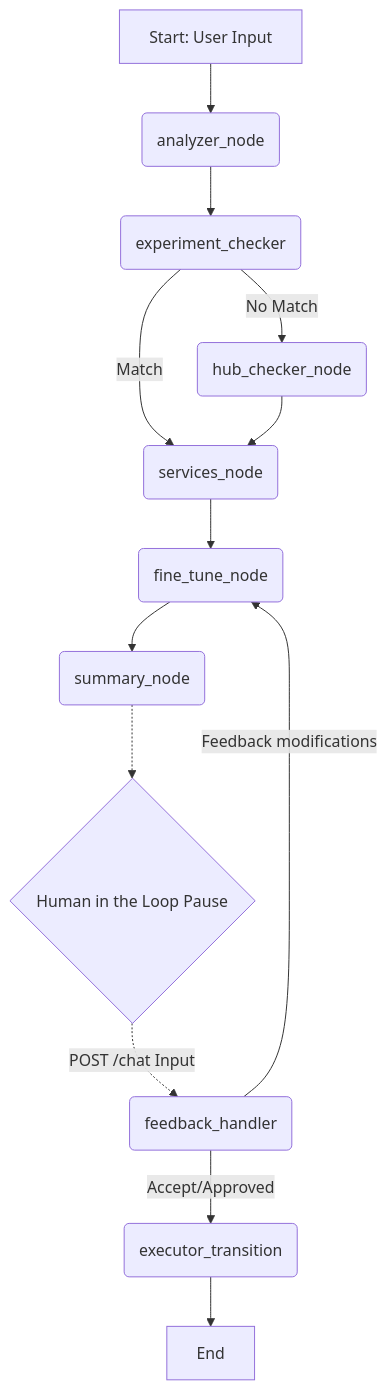
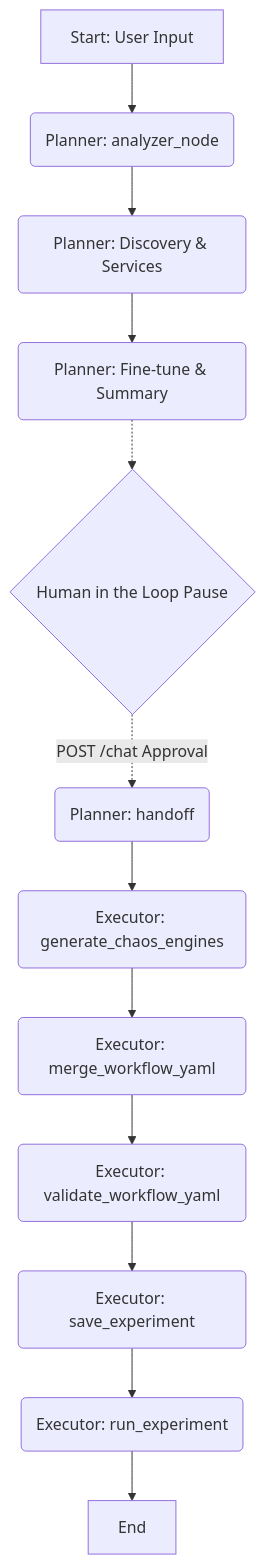
Before and after one commit to pratheeG/Chaos_engineering: the diagram in agent_v2/readme.md, drawn with Mermaid. The commit also changed other lines of this file and 13 other files, not shown here.

````diff
--- a/agent_v2/readme.md
+++ b/agent_v2/readme.md
@@ -27,16 +25,15 @@
 ```mermaid
 graph TD
-    A[Start: User Input] --> B(analyzer_node)
-    B --> C(experiment_checker)
-    C -- No Match --> D(hub_checker_node)
-    C -- Match --> E(services_node)
-    D --> E
-    E --> F(fine_tune_node)
-    F --> G(summary_node)
+    A[Start: User Input] --> B(Planner: analyzer_node)
+    B --> C(Planner: Discovery & Services)
+    C --> D(Planner: Fine-tune & Summary)
     
-    G -.-> H{Human in the Loop Pause}
-    H -. POST /chat Input .-> I(feedback_handler)
-    I -- Feedback modifications --> F
-    I -- Accept/Approved --> J(executor_transition)
-    J --> End
+    D -.-> E{Human in the Loop Pause}
+    E -. POST /chat Approval .-> F(Planner: handoff)
+    F --> G(Executor: generate_chaos_engines)
+    G --> H(Executor: merge_workflow_yaml)
+    H --> I(Executor: validate_workflow_yaml)
+    I --> J(Executor: save_experiment)
+    J --> K(Executor: run_experiment)
+    K --> End
 ```
````
